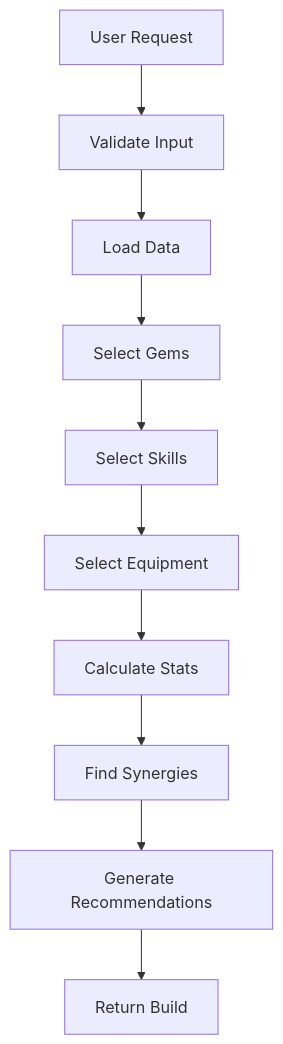
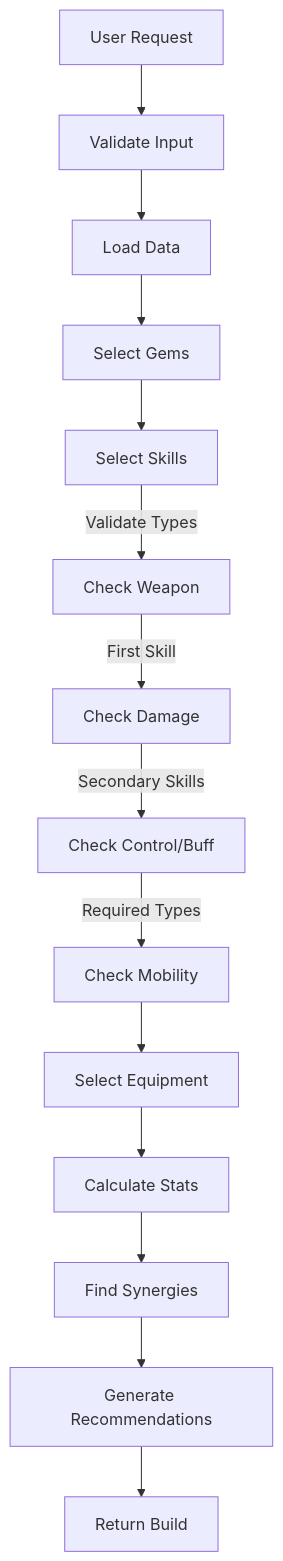
The diagram in docs/build_generation_plan.md (claytondukes/dibo-api), drawn with Mermaid before and after one commit. The commit also changed other lines of this file and 4 other files, not shown here.

````diff
--- a/docs/build_generation_plan.md
+++ b/docs/build_generation_plan.md
@@ -78,12 +76,16 @@
 ```mermaid
 graph TD
     A[User Request] --> B[Validate Input]
     B --> C[Load Data]
     C --> D[Select Gems]
     D --> E[Select Skills]
-    E --> F[Select Equipment]
+    E --> |Validate Types| E1[Check Weapon]
+    E1 --> |First Skill| E2[Check Damage]
+    E2 --> |Secondary Skills| E3[Check Control/Buff]
+    E3 --> |Required Types| E4[Check Mobility]
+    E4 --> F[Select Equipment]
     F --> G[Calculate Stats]
     G --> H[Find Synergies]
     H --> I[Generate Recommendations]
     I --> J[Return Build]
 ```
````
